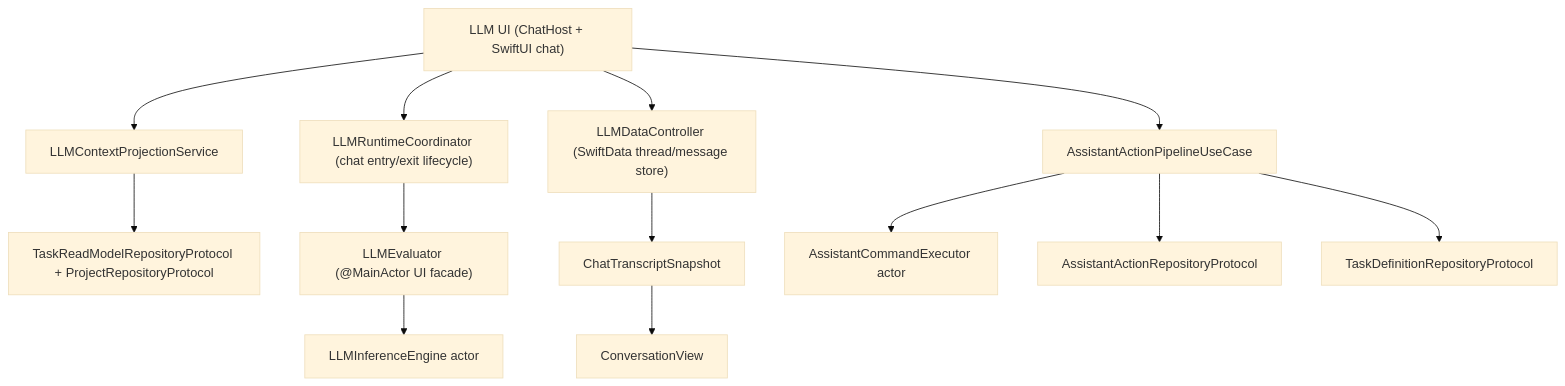
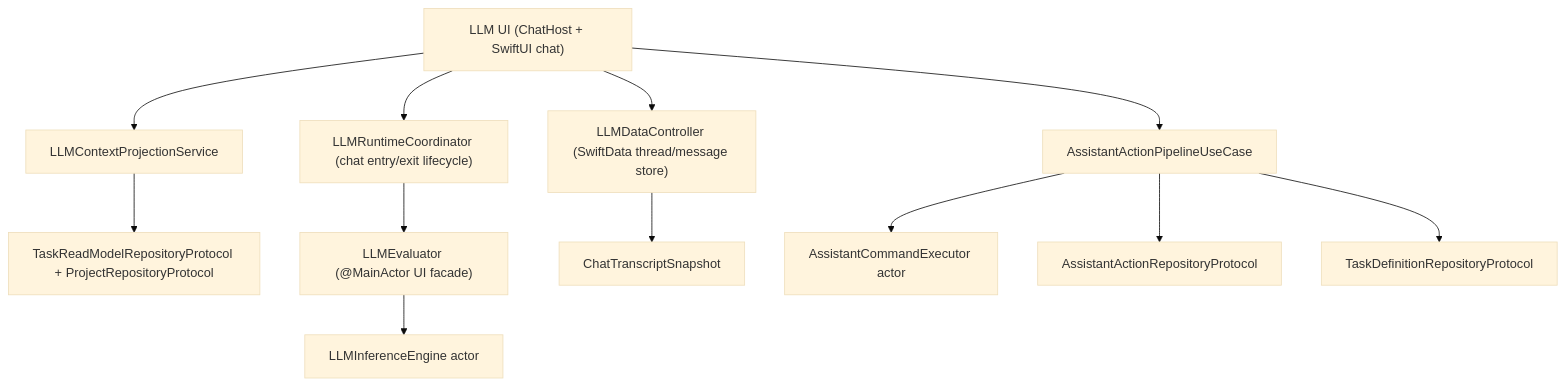
The diagram in docs/architecture/llm-assistant-stack-v2.md (Saransh-Sharma/Tasker), drawn with Mermaid (base theme) before and after one commit. The commit also changed other lines of this file and 7 other files, not shown here.

````diff
--- a/docs/architecture/llm-assistant-stack-v2.md
+++ b/docs/architecture/llm-assistant-stack-v2.md
@@ -27,16 +26,15 @@
 ```mermaid
 flowchart TD
     UI["LLM UI (ChatHost + SwiftUI chat)"] --> CCTX["LLMContextProjectionService"]
     CCTX --> READ["TaskReadModelRepositoryProtocol + ProjectRepositoryProtocol"]
     UI --> RUNTIME["LLMRuntimeCoordinator (chat entry/exit lifecycle)"]
     RUNTIME --> EVAL["LLMEvaluator (@MainActor UI facade)"]
     EVAL --> ENGINE["LLMInferenceEngine actor"]
     UI --> STORE["LLMDataController (SwiftData thread/message store)"]
     STORE --> SNAP["ChatTranscriptSnapshot"]
-    SNAP --> CONV["ConversationView"]
 
     UI --> PIPE["AssistantActionPipelineUseCase"]
     PIPE --> EXEC["AssistantCommandExecutor actor"]
     PIPE --> AR["AssistantActionRepositoryProtocol"]
     PIPE --> TR["TaskDefinitionRepositoryProtocol"]
 ```
````
